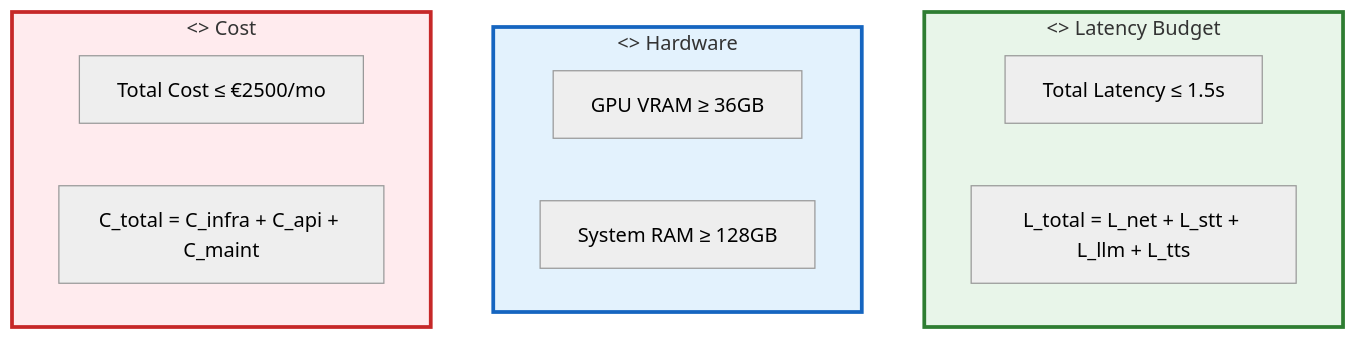
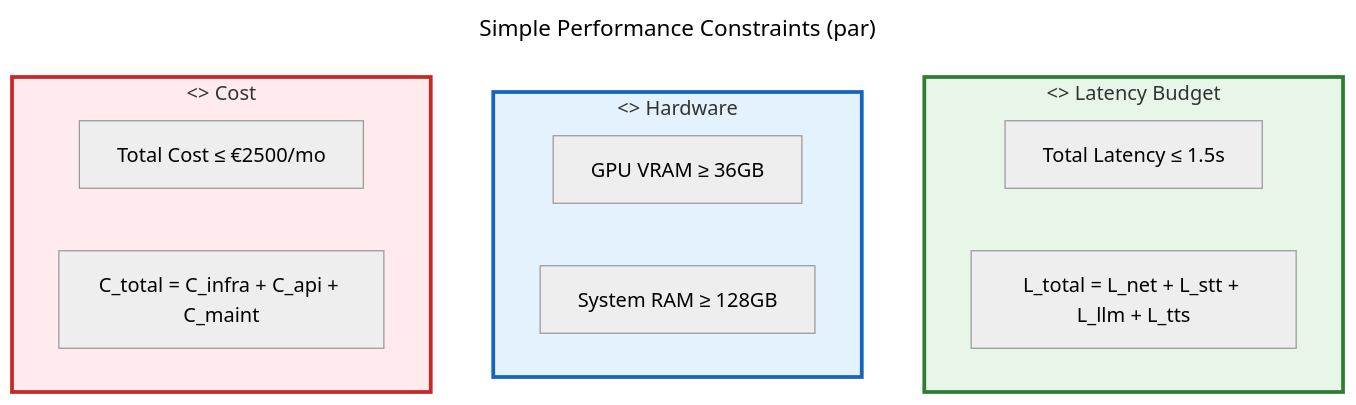
One commit to AzamkhonKh/ai_sla_vr changed the diagram in figures/04_parametric/level_1/sysml-par-01-simple.mmd. Above: the diagram before and after it, drawn with Mermaid (neutral theme). The commit also changed 61 other files, not shown here.

```diff
--- a/figures/04_parametric/level_1/sysml-par-01-simple.mmd
+++ b/figures/04_parametric/level_1/sysml-par-01-simple.mmd
@@ -1,19 +1,22 @@
+---
+title: Simple Performance Constraints (par)
+---
 graph TD
     subgraph LatencyConstraint["<<constraint def>> Latency Budget"]
         L_Total["Total Latency ≤ 1.5s"]
         L_Eq["L_total = L_net + L_stt + L_llm + L_tts"]
     end
     
     subgraph HardwareConstraint["<<constraint def>> Hardware"]
         H_GPU["GPU VRAM ≥ 36GB"]
         H_RAM["System RAM ≥ 128GB"]
     end
     
     subgraph CostConstraint["<<constraint def>> Cost"]
         C_Total["Total Cost ≤ €2500/mo"]
         C_Eq["C_total = C_infra + C_api + C_maint"]
     end
     
     style LatencyConstraint fill:#e8f5e9,stroke:#2e7d32,stroke-width:3px
     style HardwareConstraint fill:#e3f2fd,stroke:#1565c0,stroke-width:3px
     style CostConstraint fill:#ffebee,stroke:#c62828,stroke-width:3px
```
